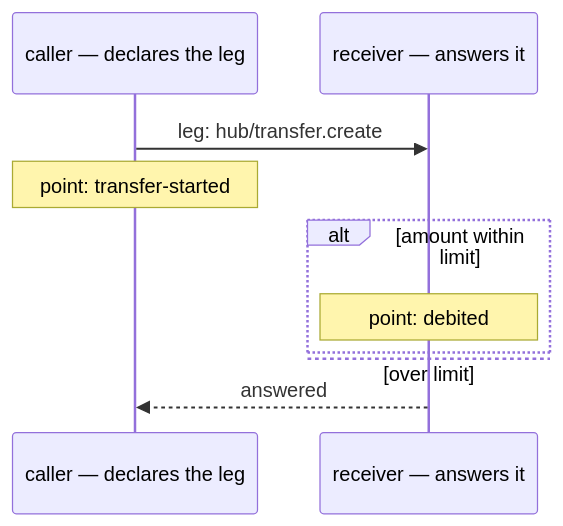
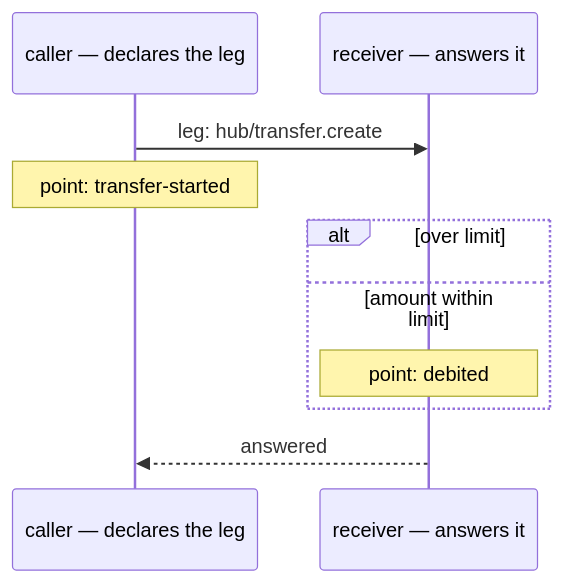
The diagram in docs/blong/blog/2026-09-24-draw-the-sequence-diagram-from-what-actually-ran/index.md (feasibleone/blong), drawn with Mermaid before and after one commit. The commit also changed 52 other files, not shown here.

````diff
--- a/docs/blong/blog/2026-09-24-draw-the-sequence-diagram-from-what-actually-ran/index.md
+++ b/docs/blong/blog/2026-09-24-draw-the-sequence-diagram-from-what-actually-ran/index.md
@@ -54,12 +54,12 @@
 ```mermaid
 sequenceDiagram
     participant A as caller — declares the leg
     participant B as receiver — answers it
     A->>B: leg: hub/transfer.create#1
     Note over A: point: transfer-started
-    alt amount within limit
+    alt over limit
+    else amount within limit
         Note over B: point: debited
-    else over limit
     end
     B-->>A: answered
 ```
````
